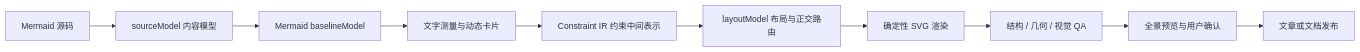
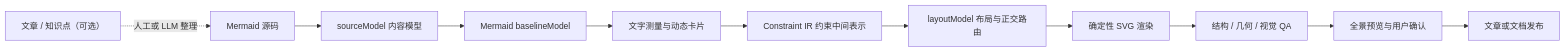
One commit to summerpalace2/mermaid-readable-diagrams-workflow changed the diagram in README.md. Above: the diagram before and after it, drawn with Mermaid. The commit also changed other lines of this file and 10 other files, not shown here.

Commit message:
新增：工作流演示图与主题调用说明

````diff
--- a/README.md
+++ b/README.md
@@ -11,12 +13,13 @@
 ```mermaid
 flowchart LR
-    Source[Mermaid 源码] --> Model[sourceModel 内容模型]
+    Content[文章 / 知识点（可选）] -.人工或 LLM 整理.-> Source[Mermaid 源码]
+    Source --> Model[sourceModel 内容模型]
     Model --> Baseline[Mermaid baselineModel]
     Baseline --> Measure[文字测量与动态卡片]
     Measure --> IR[Constraint IR 约束中间表示]
     IR --> Layout[layoutModel 布局与正交路由]
     Layout --> SVG[确定性 SVG 渲染]
     SVG --> QA[结构 / 几何 / 视觉 QA]
     QA --> Preview[全景预览与用户确认]
     Preview --> Article[文章或文档发布]
 ```
````
